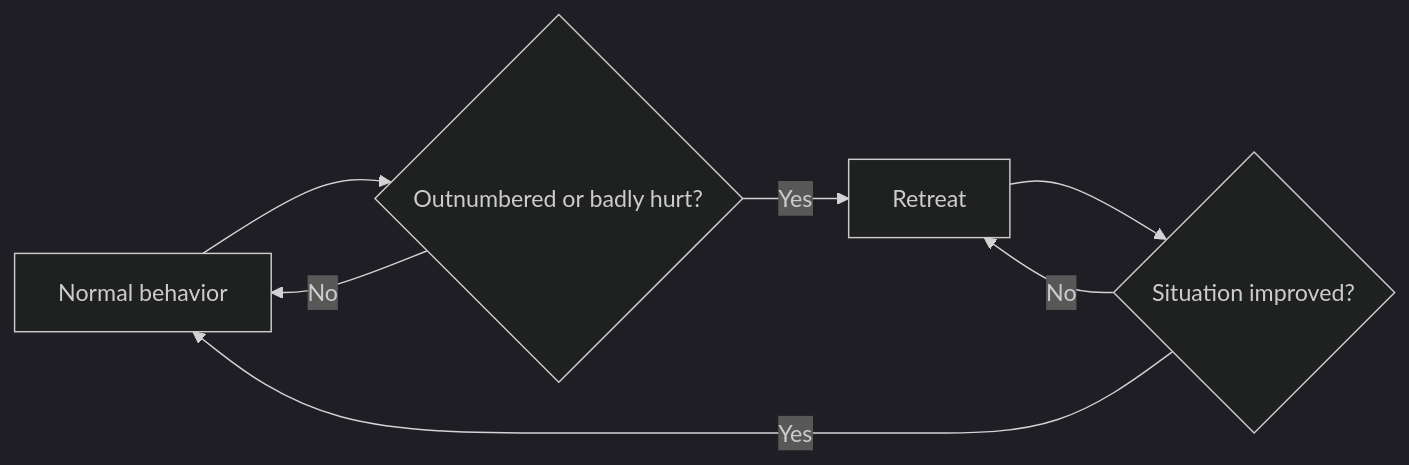
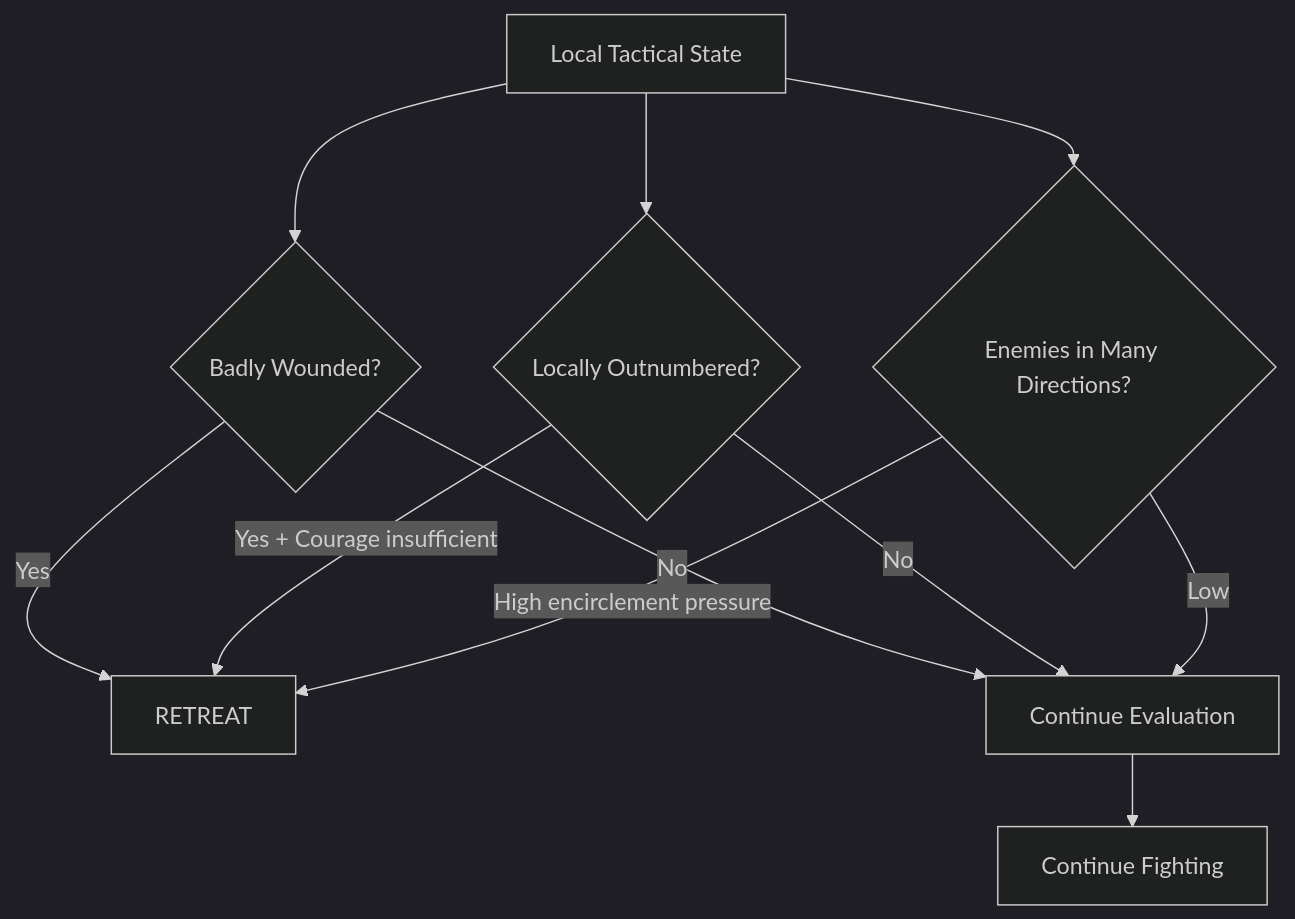
The second of 9 diagrams in README.md (memem47/AlifeBattle), drawn with Mermaid (dark theme) before and after one commit. The commit also changed other lines of this file and 2 other files, not shown here.

First line of the commit message:
Fix combat update-order and encirclement tactics

````diff
--- a/README.md
+++ b/README.md
@@ -191,9 +343,16 @@
 ```mermaid
-flowchart LR
-    A[Normal behavior] --> B{Outnumbered or badly hurt?}
-    B -->|No| A
-    B -->|Yes| C[Retreat]
-    C --> D{Situation improved?}
-    D -->|Yes| A
-    D -->|No| C
+flowchart TD
+    A[Local Tactical State] --> B{Badly Wounded?}
+    A --> C{Locally Outnumbered?}
+    A --> D{Enemies in Many Directions?}
+
+    B -->|Yes| R[RETREAT]
+    C -->|Yes + Courage insufficient| R
+    D -->|High encirclement pressure| R
+
+    B -->|No| E[Continue Evaluation]
+    C -->|No| E
+    D -->|Low| E
+
+    E --> F[Continue Fighting]
 ```
````
